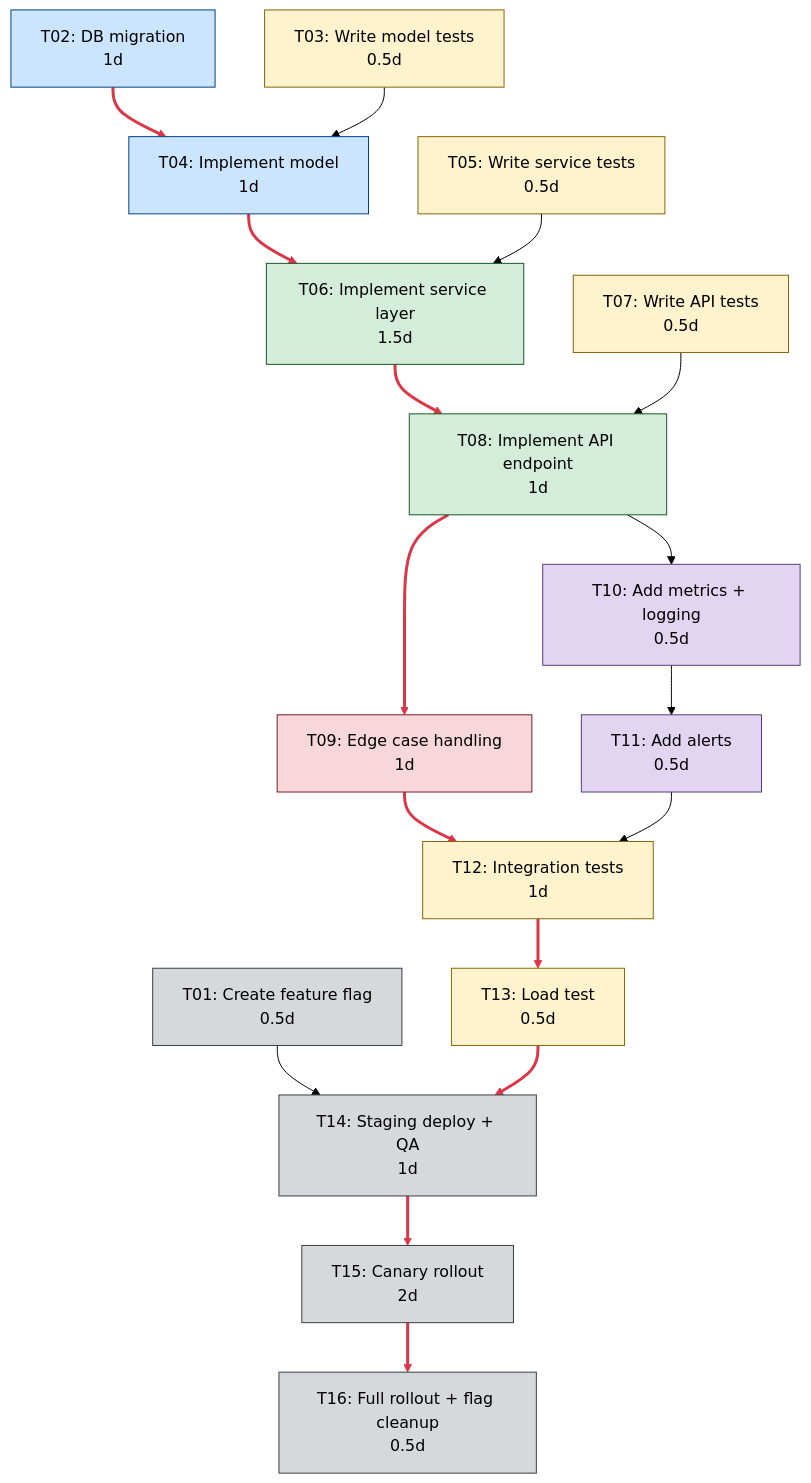
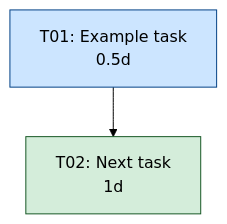
One commit to NguyenNhan1610/codex-copilot-plugin-cc changed the diagram in plugins/ai/skills/implementation-plan/references/impl-template.md. Above: the diagram before and after it, drawn with Mermaid (forest theme). The commit also changed other lines of this file and 16 other files, not shown here.

First line of the commit message:
Optimize prompts: slim templates, split usage guide, trim mermaid blocks, bump to 4.3.1

````diff
--- a/plugins/ai/skills/implementation-plan/references/impl-template.md
+++ b/plugins/ai/skills/implementation-plan/references/impl-template.md
@@ -36,45 +35,13 @@
 ```mermaid
 graph TD
-    T01["T01: Create feature flag<br/>0.5d"]:::rollout
-    T02["T02: DB migration<br/>1d"]:::foundation
-    T03["T03: Write model tests<br/>0.5d"]:::testing
-    T04["T04: Implement model<br/>1d"]:::foundation
-    T05["T05: Write service tests<br/>0.5d"]:::testing
-    T06["T06: Implement service layer<br/>1.5d"]:::core
-    T07["T07: Write API tests<br/>0.5d"]:::testing
-    T08["T08: Implement API endpoint<br/>1d"]:::core
-    T09["T09: Edge case handling<br/>1d"]:::hardening
-    T10["T10: Add metrics + logging<br/>0.5d"]:::observability
-    T11["T11: Add alerts<br/>0.5d"]:::observability
-    T12["T12: Integration tests<br/>1d"]:::testing
-    T13["T13: Load test<br/>0.5d"]:::testing
-    T14["T14: Staging deploy + QA<br/>1d"]:::rollout
-    T15["T15: Canary rollout<br/>2d"]:::rollout
-    T16["T16: Full rollout + flag cleanup<br/>0.5d"]:::rollout
-
-    T01 --> T14
-    T02 --> T04
-    T03 --> T04
-    T04 --> T06
-    T05 --> T06
-    T06 --> T08
-    T07 --> T08
-    T08 --> T09
-    T08 --> T10
-    T09 --> T12
-    T10 --> T11
-    T11 --> T12
-    T12 --> T13
-    T13 --> T14
-    T14 --> T15
-    T15 --> T16
+    T01["T01: Example task<br/>0.5d"]:::foundation
+    T02["T02: Next task<br/>1d"]:::core
+    T01 --> T02
 
     classDef foundation fill:#cce5ff,stroke:#004085
     classDef core fill:#d4edda,stroke:#155724
     classDef testing fill:#fff3cd,stroke:#856404
     classDef hardening fill:#f8d7da,stroke:#721c24
     classDef observability fill:#e2d5f1,stroke:#563d7c
     classDef rollout fill:#d6d8db,stroke:#383d41
-
-    linkStyle 1,3,5,7,9,12,13,14,15 stroke:#dc3545,stroke-width:3px
 ```
````
